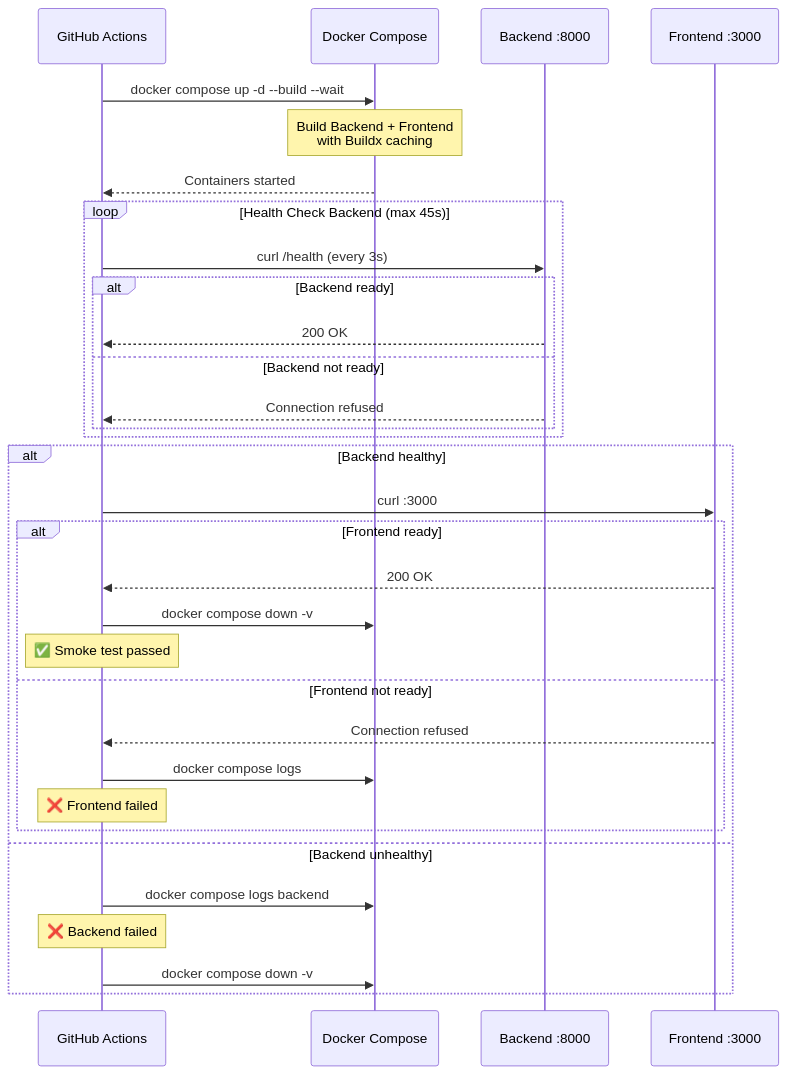
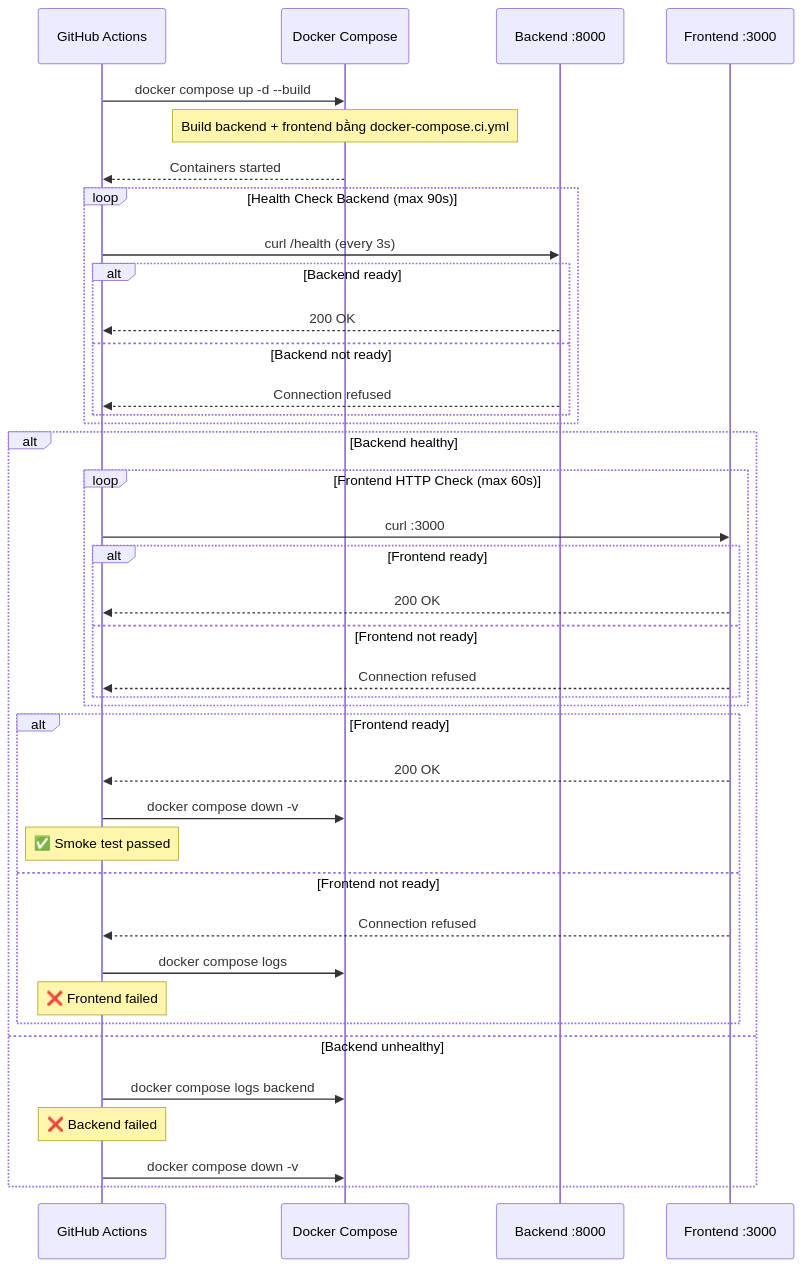
One commit to Kietnehi/AI-FOR-EDUCATION changed the third of 3 diagrams in README.md. Above: the diagram before and after it, drawn with Mermaid. The commit also changed other lines of this file and 2 other files, not shown here.

````diff
--- a/README.md
+++ b/README.md
@@ -624,38 +642,45 @@
 ```mermaid
 sequenceDiagram
     participant GH as GitHub Actions
     participant DC as Docker Compose
     participant BE as Backend :8000
     participant FE as Frontend :3000
 
-    GH->>DC: docker compose up -d --build --wait
-    Note over DC: Build Backend + Frontend<br/>with Buildx caching
+    GH->>DC: docker compose up -d --build
+    Note over DC: Build backend + frontend bằng docker-compose.ci.yml
 
     DC-->>GH: Containers started
 
-    loop Health Check Backend (max 45s)
+    loop Health Check Backend (max 90s)
         GH->>BE: curl /health (every 3s)
         alt Backend ready
             BE-->>GH: 200 OK
         else Backend not ready
             BE-->>GH: Connection refused
         end
     end
 
     alt Backend healthy
-        GH->>FE: curl :3000
+        loop Frontend HTTP Check (max 60s)
+            GH->>FE: curl :3000
+            alt Frontend ready
+                FE-->>GH: 200 OK
+            else Frontend not ready
+                FE-->>GH: Connection refused
+            end
+        end
         alt Frontend ready
             FE-->>GH: 200 OK
             GH->>DC: docker compose down -v
             Note over GH: ✅ Smoke test passed
         else Frontend not ready
             FE-->>GH: Connection refused
             GH->>DC: docker compose logs
             Note over GH: ❌ Frontend failed
         end
     else Backend unhealthy
         GH->>DC: docker compose logs backend
         Note over GH: ❌ Backend failed
         GH->>DC: docker compose down -v
     end
 ```
````
